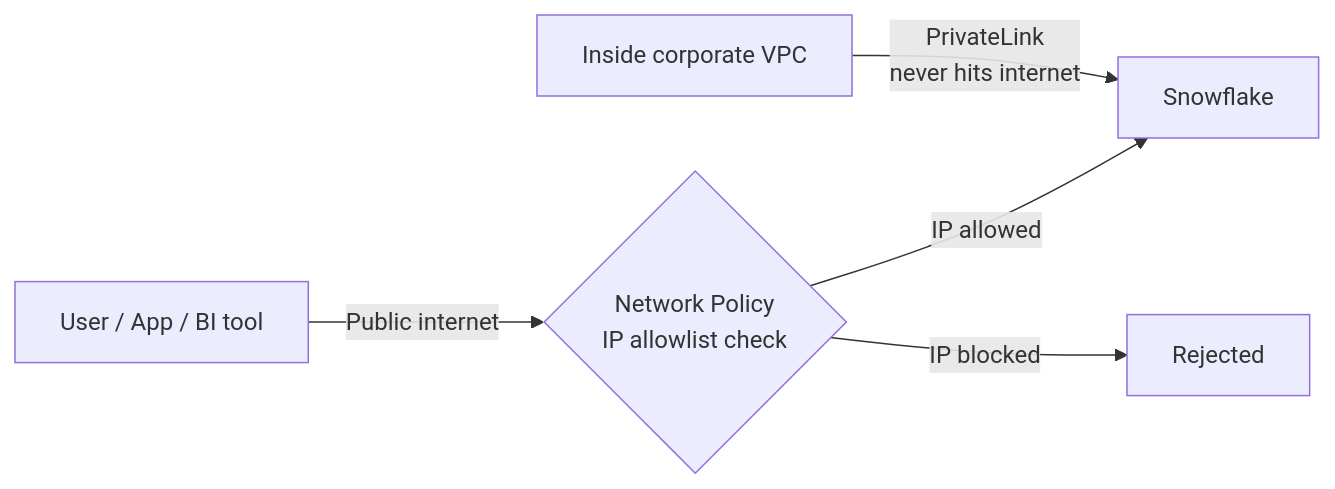
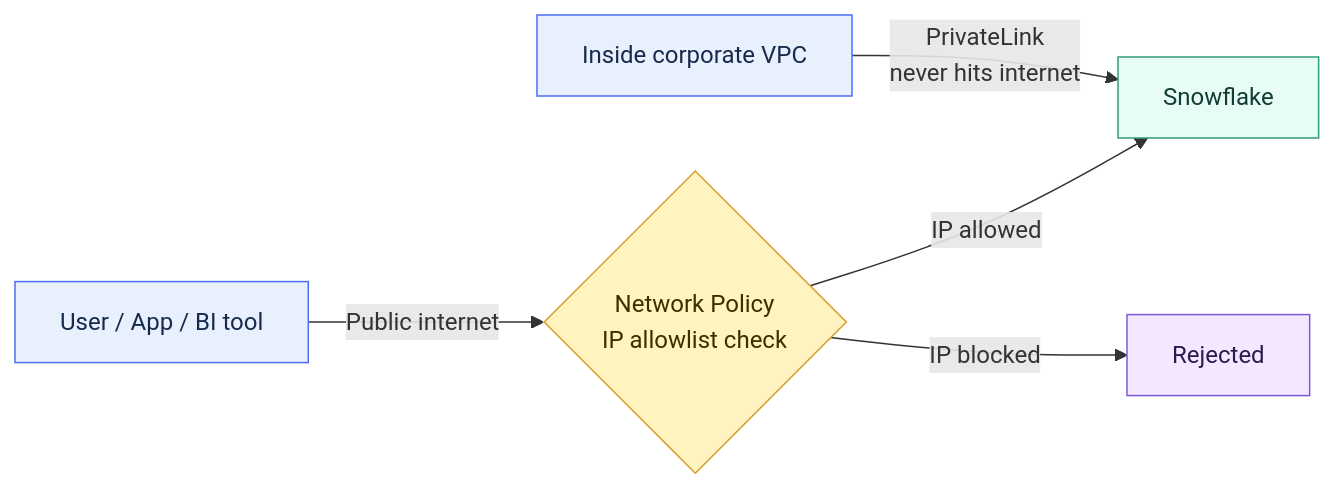
The diagram in 01 Snowflake/03 Security and Governance/16 Network Policies and Private Connectivity.md (shonningsoy/Upskill), drawn with Mermaid before and after one commit. The commit also changed other lines of this file and 7 other files, not shown here.

````diff
--- a/01 Snowflake/03 Security and Governance/16 Network Policies and Private Connectivity.md
+++ b/01 Snowflake/03 Security and Governance/16 Network Policies and Private Connectivity.md
@@ -63,7 +65,18 @@
 ```mermaid
 flowchart LR
     A[User / App / BI tool] -->|Public internet| B{Network Policy<br/>IP allowlist check}
     B -->|IP allowed| C[Snowflake]
     B -->|IP blocked| X[Rejected]
     A2[Inside corporate VPC] -->|PrivateLink<br/>never hits internet| C
+
+    classDef input fill:#E8F0FE,stroke:#4C6EF5,color:#172B4D
+    classDef control fill:#FFF3BF,stroke:#D69E2E,color:#3D2E00
+    classDef snowflake fill:#E6FCF5,stroke:#2F9E7B,color:#123C34
+    classDef platform fill:#F1F3F5,stroke:#868E96,color:#212529
+    classDef output fill:#F3E8FF,stroke:#805AD5,color:#2D1B4E
+
+    class A,A2 input
+    class B control
+    class C snowflake
+    class X output
 ```
````
